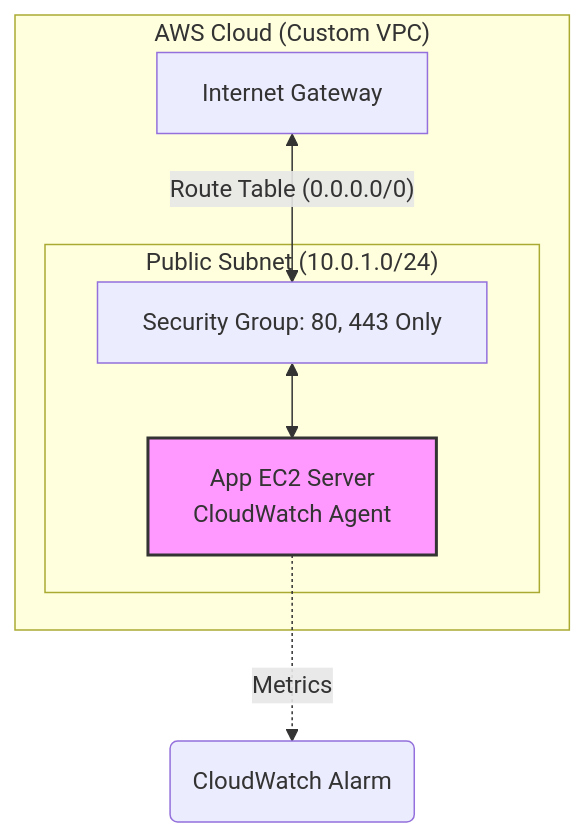
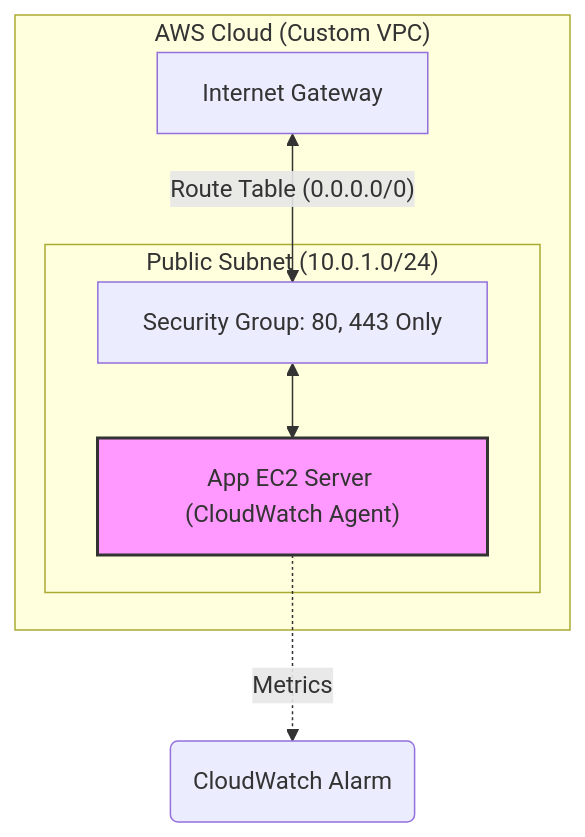
Before and after one commit to duwnstj/duwnstj.github.io: the diagram in _posts/2026-07-02-vpc-lambda-slack-alarm.md, drawn with Mermaid. The commit also changed 2 other files, not shown here.

Commit message:
fix: 블로그 전체 Mermaid 다이어그램 문법 완벽 검수 및 렌더링 에러 해결 & AGENTS 룰 업데이트

````diff
--- a/_posts/2026-07-02-vpc-lambda-slack-alarm.md
+++ b/_posts/2026-07-02-vpc-lambda-slack-alarm.md
@@ -46,14 +46,14 @@
 ```mermaid
 graph TD
     subgraph vpc["AWS Cloud (Custom VPC)"]
         IGW["Internet Gateway"]
         subgraph public["Public Subnet (10.0.1.0/24)"]
             SG["Security Group: 80, 443 Only"]
-            EC2["App EC2 Server<br>CloudWatch Agent"]
+            EC2["App EC2 Server (CloudWatch Agent)"]
         end
         IGW <-->|"Route Table (0.0.0.0/0)"| SG
         SG <--> EC2
     end
     EC2 -.->|"Metrics"| CW("CloudWatch Alarm")
     style EC2 fill:#f9f,stroke:#333,stroke-width:2px
 ```
````
